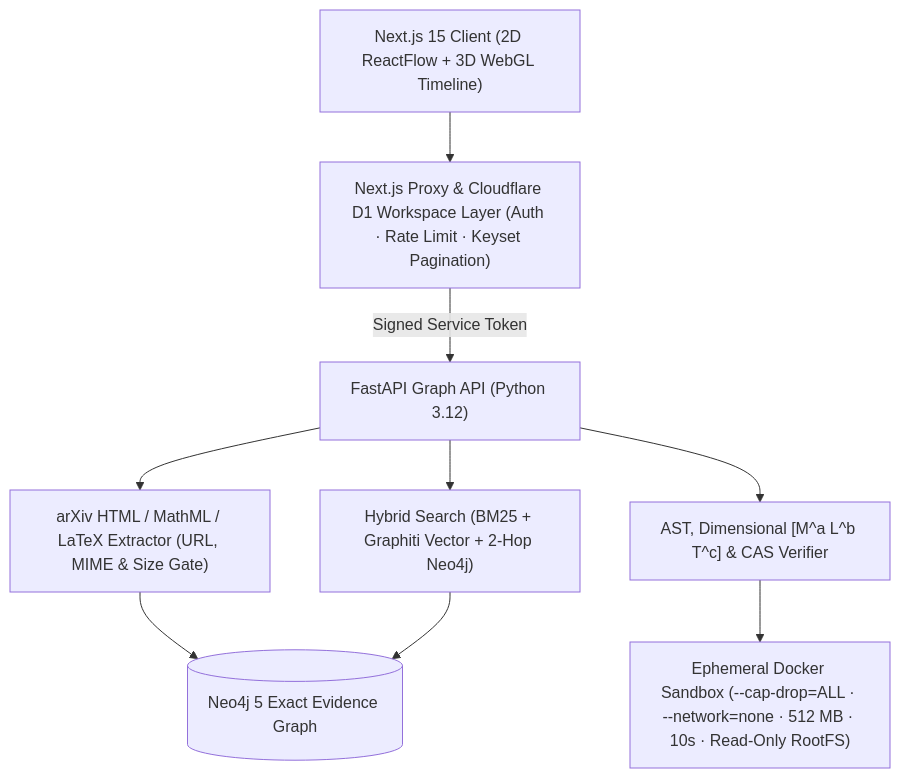
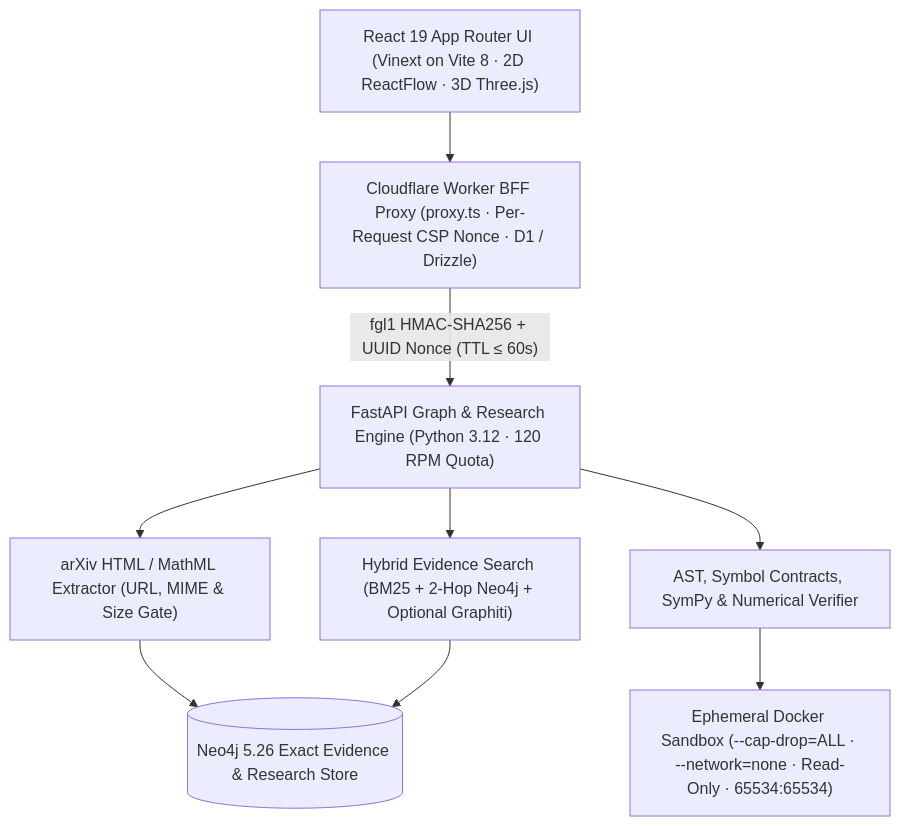
Before and after one commit to Yato742003/formula-graph-lab: the diagram in README.md, drawn with Mermaid. The commit also changed other lines of this file and 18 other files, not shown here.

Commit message:
docs,chore: add empirical arXiv/sandbox benchmarks, honest README, scripts/ layout, and cross-platform Makefile

````diff
--- a/README.md
+++ b/README.md
@@ -55,11 +104,11 @@
 ```mermaid
 flowchart TD
-    UI["Next.js 15 Client (2D ReactFlow + 3D WebGL Timeline)"] --> PROXY["Next.js Proxy & Cloudflare D1 Workspace Layer (Auth · Rate Limit · Keyset Pagination)"]
-    PROXY -->|"Signed Service Token"| API["FastAPI Graph API (Python 3.12)"]
-    API --> EXTRACT["arXiv HTML / MathML / LaTeX Extractor (URL, MIME & Size Gate)"]
-    API --> SEARCH["Hybrid Search (BM25 + Graphiti Vector + 2-Hop Neo4j)"]
-    API --> VERIFY["AST, Dimensional [M^a L^b T^c] & CAS Verifier"]
-    EXTRACT --> NEO4J[("Neo4j 5 Exact Evidence Graph")]
+    UI["React 19 App Router UI (Vinext on Vite 8 · 2D ReactFlow · 3D Three.js)"] --> BFF["Cloudflare Worker BFF Proxy (proxy.ts · Per-Request CSP Nonce · D1 / Drizzle)"]
+    BFF -->|"fgl1 HMAC-SHA256 + UUID Nonce (TTL ≤ 60s)"| API["FastAPI Graph & Research Engine (Python 3.12 · 120 RPM Quota)"]
+    API --> EXTRACT["arXiv HTML / MathML Extractor (URL, MIME & Size Gate)"]
+    API --> SEARCH["Hybrid Evidence Search (BM25 + 2-Hop Neo4j + Optional Graphiti)"]
+    API --> VERIFY["AST, Symbol Contracts, SymPy & Numerical Verifier"]
+    EXTRACT --> NEO4J[("Neo4j 5.26 Exact Evidence & Research Store")]
     SEARCH --> NEO4J
-    VERIFY --> SANDBOX["Ephemeral Docker Sandbox (--cap-drop=ALL · --network=none · 512 MB · 10s · Read-Only RootFS)"]
+    VERIFY --> SANDBOX["Ephemeral Docker Sandbox (--cap-drop=ALL · --network=none · Read-Only · 65534:65534)"]
 ```
````
